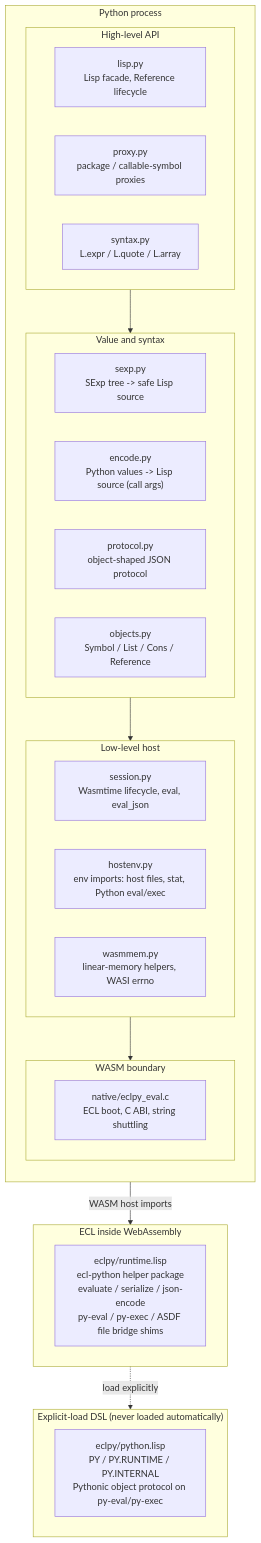
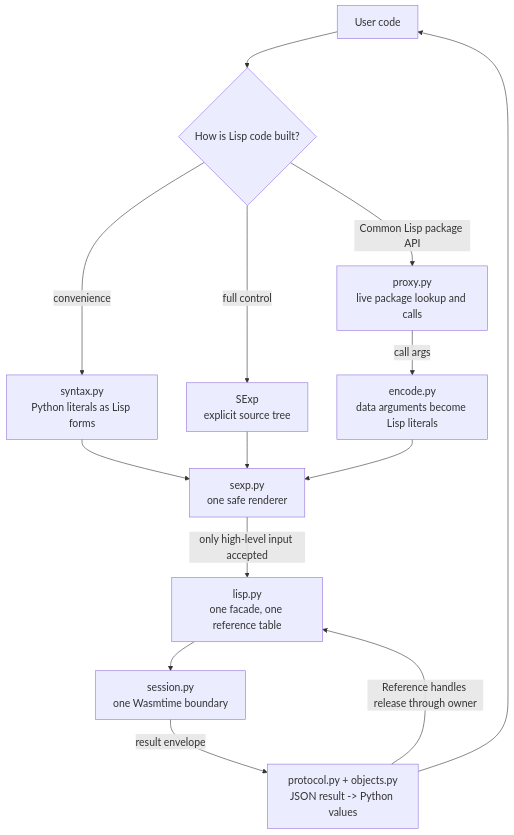
One commit to tani/eclpy changed the first of 3 diagrams in docs/architecture.md. Above: the diagram before and after it, drawn with Mermaid. The commit also changed other lines of this file and 21 other files, not shown here.

````diff
--- a/docs/architecture.md
+++ b/docs/architecture.md
@@ -5,40 +9,28 @@
 ```mermaid
+%%{init: {"themeVariables": {"fontSize": "18px"}}}%%
 flowchart TB
-    subgraph PY[Python process]
-        direction TB
-        subgraph HL["High-level API"]
-            direction LR
-            lisp_py["lisp.py<br/>Lisp facade, Reference lifecycle"]
-            proxy_py["proxy.py<br/>package / callable-symbol proxies"]
-            syntax_py["syntax.py<br/>L.expr / L.quote / L.array"]
-        end
-        subgraph VS["Value and syntax"]
-            direction LR
-            sexp_py["sexp.py<br/>SExp tree -&gt; safe Lisp source"]
-            encode_py["encode.py<br/>Python values -&gt; Lisp source (call args)"]
-            protocol_py["protocol.py<br/>object-shaped JSON protocol"]
-            objects_py["objects.py<br/>Symbol / List / Cons / Reference"]
-        end
-        subgraph LL["Low-level host"]
-            direction LR
-            session_py["session.py<br/>Wasmtime lifecycle, eval, eval_json"]
-            hostenv_py["hostenv.py<br/>env imports: host files, stat, Python eval/exec"]
-            wasmmem_py["wasmmem.py<br/>linear-memory helpers, WASI errno"]
-        end
-        subgraph WB["WASM boundary"]
-            cbridge["native/eclpy_eval.c<br/>ECL boot, C ABI, string shuttling"]
-        end
-        HL --> VS --> LL --> WB
-    end
+    user["User code"]
+    choose{"How is Lisp code built?"}
+    syntax["syntax.py<br/>Python literals as Lisp forms"]
+    proxy["proxy.py<br/>live package lookup and calls"]
+    direct["SExp<br/>explicit source tree"]
+    encode["encode.py<br/>data arguments become Lisp literals"]
+    sexp["sexp.py<br/>one safe renderer"]
+    lisp["lisp.py<br/>one facade, one reference table"]
+    session["session.py<br/>one Wasmtime boundary"]
+    protocol["protocol.py + objects.py<br/>JSON result -> Python values"]
 
-    subgraph ECL["ECL inside WebAssembly"]
-        runtime_lisp["eclpy/runtime.lisp<br/>ecl-python helper package<br/>evaluate / serialize / json-encode<br/>py-eval / py-exec / ASDF file bridge shims"]
-    end
-
-    subgraph DSL["Explicit-load DSL (never loaded automatically)"]
-        python_lisp["eclpy/python.lisp<br/>PY / PY.RUNTIME / PY.INTERNAL<br/>Pythonic object protocol on py-eval/py-exec"]
-    end
-
-    WB -->|WASM host imports| ECL
-    ECL -.->|load explicitly| DSL
+    user --> choose
+    choose -->|"convenience"| syntax
+    choose -->|"Common Lisp package API"| proxy
+    choose -->|"full control"| direct
+    proxy -->|"call args"| encode
+    syntax --> sexp
+    direct --> sexp
+    encode --> sexp
+    sexp -->|"only high-level input accepted"| lisp
+    lisp --> session
+    session -->|"result envelope"| protocol
+    protocol -->|"Reference handles release through owner"| lisp
+    protocol --> user
 ```
````
